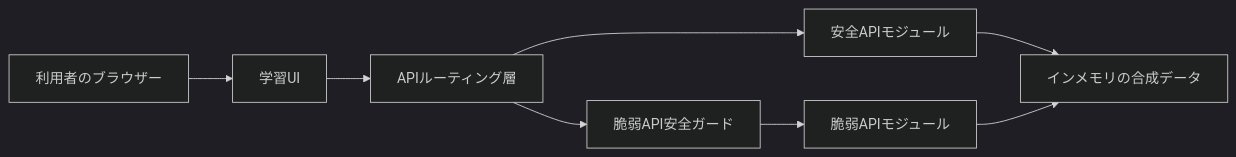
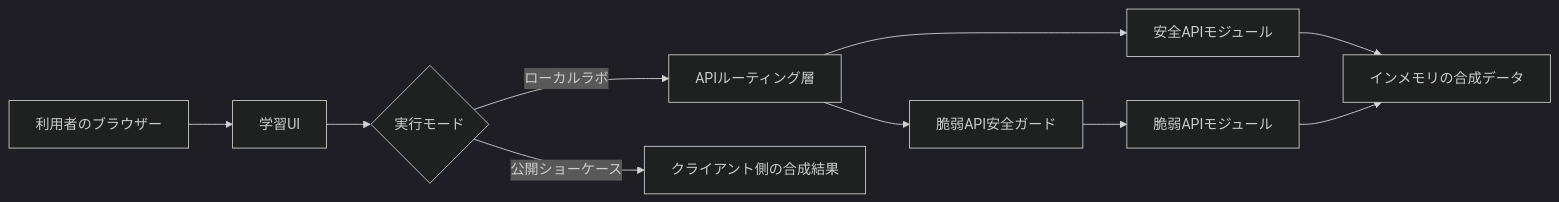
The first of 8 diagrams in docs/design.ja.md (kiryu1211/api-security-lab-platform), drawn with Mermaid (dark theme) before and after one commit. The commit also changed other lines of this file and 22 other files, not shown here.

````diff
--- a/docs/design.ja.md
+++ b/docs/design.ja.md
@@ -21,10 +21,12 @@
 ```mermaid
 flowchart LR
     U[利用者のブラウザー] --> UI[学習UI]
-    UI --> API[APIルーティング層]
+    UI --> Mode{実行モード}
+    Mode -- ローカルラボ --> API[APIルーティング層]
+    Mode -- 公開ショーケース --> Showcase[クライアント側の合成結果]
     API --> Safe[安全APIモジュール]
     API --> Guard[脆弱API安全ガード]
     Guard --> Vuln[脆弱APIモジュール]
     Safe --> Data[インメモリの合成データ]
     Vuln --> Data
 ```
````
